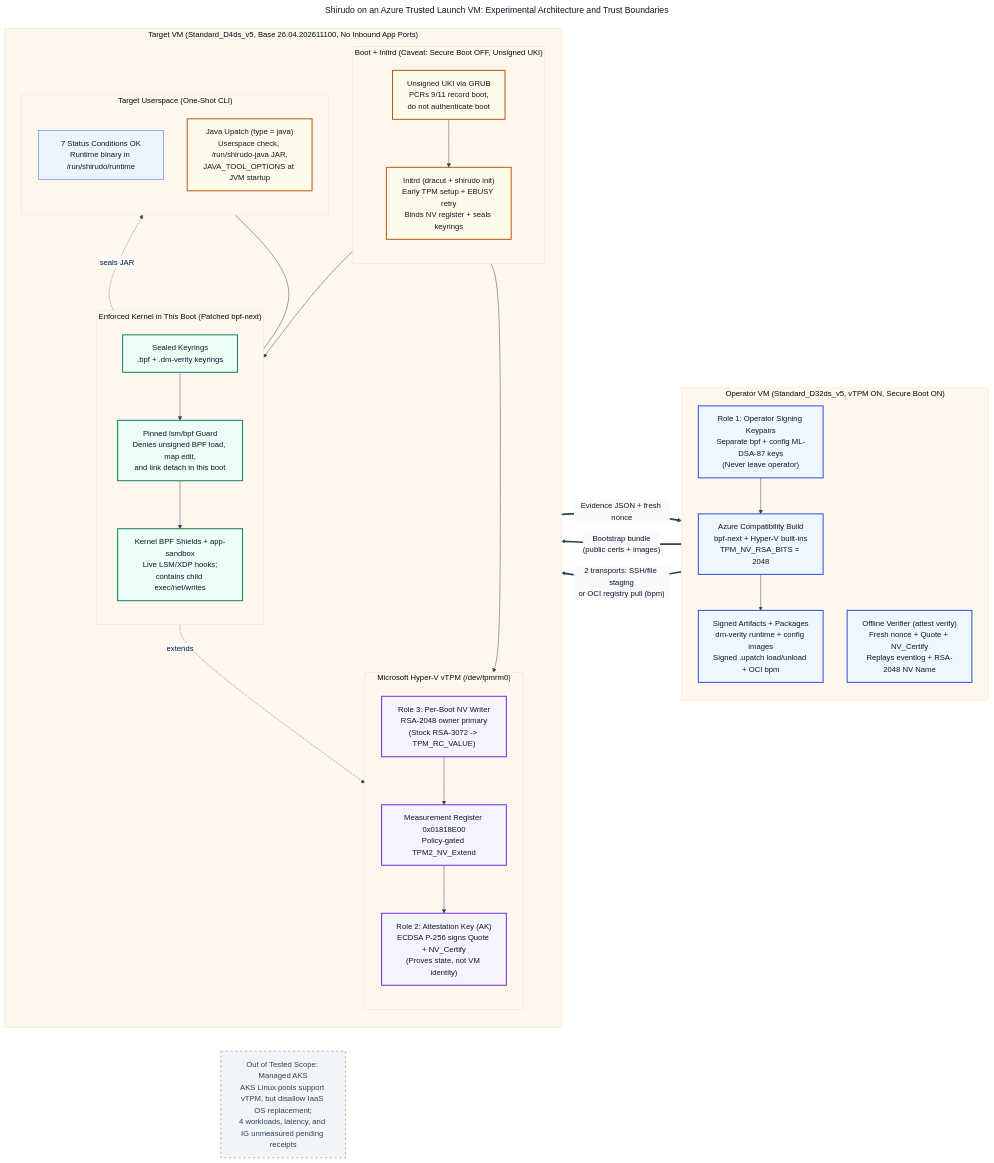
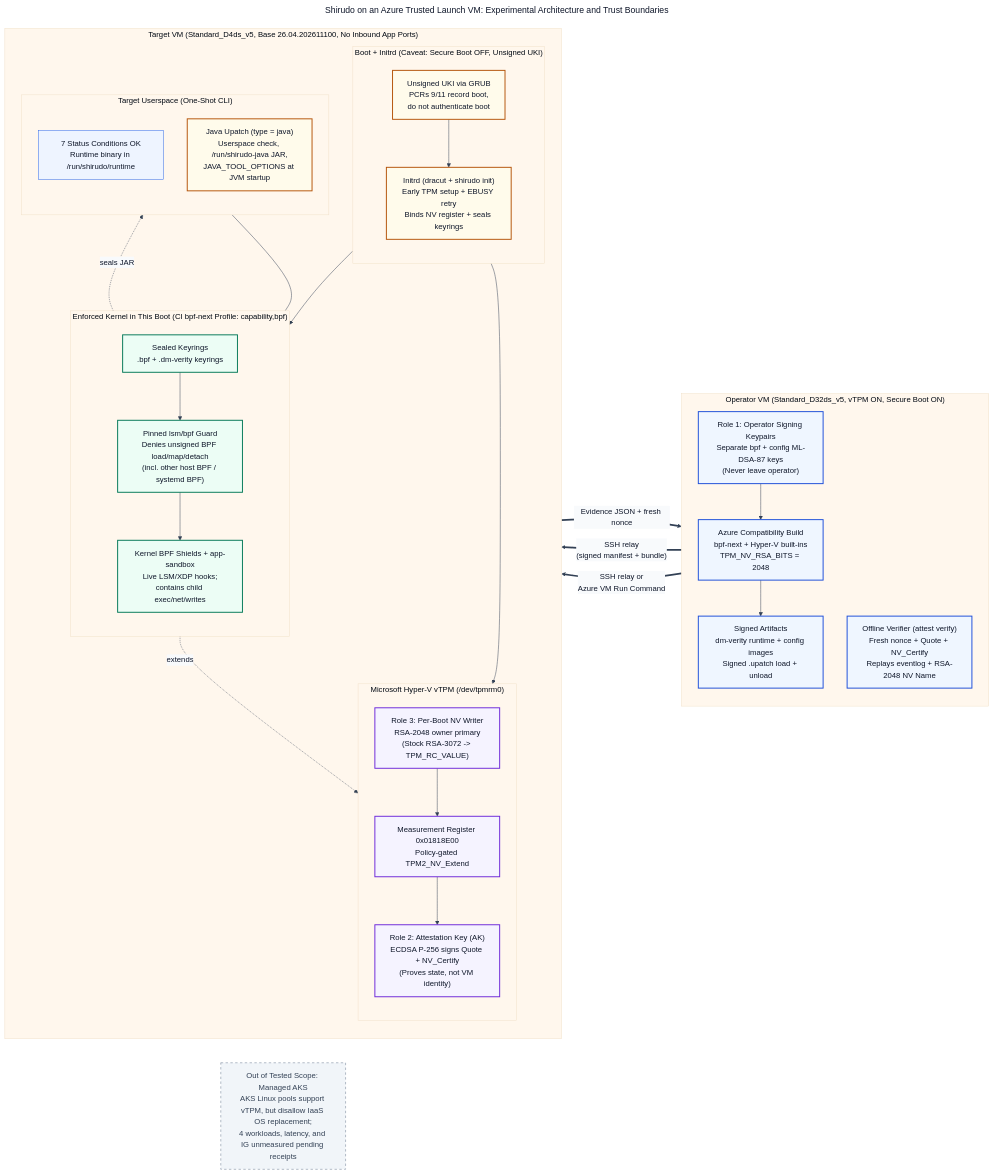
One commit to johnsonshi/shirudo-on-azure changed the diagram in docs/figures/shirudo-azure-trust-boundary.mmd. Above: the diagram before and after it, drawn with Mermaid. The commit also changed 4 other files, not shown here.

Commit message:
Add CI kernel LSM and BPF interoperability caveats to field notes

```diff
--- a/docs/figures/shirudo-azure-trust-boundary.mmd
+++ b/docs/figures/shirudo-azure-trust-boundary.mmd
@@ -1,81 +1,81 @@
 ---
 title: "Shirudo on an Azure Trusted Launch VM: Experimental Architecture and Trust Boundaries"
 config:
   theme: base
   layout: dagre
   themeVariables:
     primaryColor: "#eef4ff"
     primaryTextColor: "#0f172a"
     primaryBorderColor: "#2563eb"
     lineColor: "#334155"
     secondaryColor: "#f8fafc"
     tertiaryColor: "#fff7ed"
 ---
 %% Editable Mermaid source for docs/figures/shirudo-azure-trust-boundary.svg
 %% Experimental Azure IaaS port (not official Azure support; managed AKS not tested).
 flowchart LR
     subgraph OP["Operator VM (Standard_D32ds_v5, vTPM ON, Secure Boot ON)"]
         direction TB
         OP_KEYS["Role 1: Operator Signing Keypairs<br/>Separate bpf + config ML-DSA-87 keys<br/>(Never leave operator)"]
         OP_BUILD["Azure Compatibility Build<br/>bpf-next + Hyper-V built-ins<br/>TPM_NV_RSA_BITS = 2048"]
-        OP_ART["Signed Artifacts + Packages<br/>dm-verity runtime + config images<br/>Signed .upatch load/unload + OCI bpm"]
+        OP_ART["Signed Artifacts<br/>dm-verity runtime + config images<br/>Signed .upatch load + unload"]
         OP_VER["Offline Verifier (attest verify)<br/>Fresh nonce + Quote + NV_Certify<br/>Replays eventlog + RSA-2048 NV Name"]
         OP_KEYS --> OP_BUILD --> OP_ART
     end
 
     subgraph TGT["Target VM (Standard_D4ds_v5, Base 26.04.202611100, No Inbound App Ports)"]
         direction TB
 
         subgraph BOOT["Boot + Initrd (Caveat: Secure Boot OFF, Unsigned UKI)"]
             direction TB
             UKI["Unsigned UKI via GRUB<br/>PCRs 9/11 record boot,<br/>do not authenticate boot"]
             INIT["Initrd (dracut + shirudo init)<br/>Early TPM setup + EBUSY retry<br/>Binds NV register + seals keyrings"]
             UKI --> INIT
         end
 
-        subgraph KRN["Enforced Kernel in This Boot (Patched bpf-next)"]
+        subgraph KRN["Enforced Kernel in This Boot (CI bpf-next Profile: capability,bpf)"]
             direction TB
             KR["Sealed Keyrings<br/>.bpf + .dm-verity keyrings"]
-            LSM["Pinned lsm/bpf Guard<br/>Denies unsigned BPF load, map edit,<br/>and link detach in this boot"]
+            LSM["Pinned lsm/bpf Guard<br/>Denies unsigned BPF load/map/detach<br/>(incl. other host BPF / systemd BPF)"]
             BPF_SH["Kernel BPF Shields + app-sandbox<br/>Live LSM/XDP hooks;<br/>contains child exec/net/writes"]
             KR --> LSM --> BPF_SH
         end
 
         subgraph USR["Target Userspace (One-Shot CLI)"]
             direction TB
             STATUS["7 Status Conditions OK<br/>Runtime binary in /run/shirudo/runtime"]
             JAVA_SH["Java Upatch (type = java)<br/>Userspace check, /run/shirudo-java JAR,<br/>JAVA_TOOL_OPTIONS at JVM startup"]
         end
 
         subgraph VTPM["Microsoft Hyper-V vTPM (/dev/tpmrm0)"]
             direction TB
             NVW["Role 3: Per-Boot NV Writer<br/>RSA-2048 owner primary<br/>(Stock RSA-3072 -> TPM_RC_VALUE)"]
             REG["Measurement Register 0x01818E00<br/>Policy-gated TPM2_NV_Extend"]
             AK["Role 2: Attestation Key (AK)<br/>ECDSA P-256 signs Quote + NV_Certify<br/>(Proves state, not VM identity)"]
             NVW --> REG --> AK
         end
 
         INIT --> KR
         INIT --> NVW
         LSM -. "extends" .-> NVW
         LSM -. "seals JAR" .-> JAVA_SH
         STATUS --- LSM
     end
 
     OUT_SCOPE["Out of Tested Scope: Managed AKS<br/>AKS Linux pools support vTPM, but disallow IaaS OS replacement;<br/>4 workloads, latency, and IG unmeasured pending receipts"]
 
-    OP_ART ==>|"Bootstrap bundle<br/>(public certs + images)"| INIT
-    OP_ART ==>|"2 transports: SSH/file staging<br/>or OCI registry pull (bpm)"| LSM
+    OP_ART ==>|"SSH relay<br/>(signed manifest + bundle)"| INIT
+    OP_ART ==>|"SSH relay or<br/>Azure VM Run Command"| LSM
     AK ==>|"Evidence JSON + fresh nonce"| OP_VER
 
     classDef operatorBox fill:#eff6ff,stroke:#1d4ed8,stroke-width:2px,color:#0f172a
     classDef kernelBox fill:#ecfdf5,stroke:#047857,stroke-width:2px,color:#0f172a
     classDef caveatBox fill:#fffbeb,stroke:#b45309,stroke-width:2px,color:#0f172a
     classDef vtpmBox fill:#f5f3ff,stroke:#6d28d9,stroke-width:2px,color:#0f172a
     classDef scopeBox fill:#f1f5f9,stroke:#64748b,stroke-dasharray: 5 5,color:#334155
 
     class OP_KEYS,OP_BUILD,OP_ART,OP_VER operatorBox
     class KR,LSM,BPF_SH kernelBox
     class UKI,INIT,JAVA_SH caveatBox
     class NVW,REG,AK vtpmBox
     class OUT_SCOPE scopeBox
```
